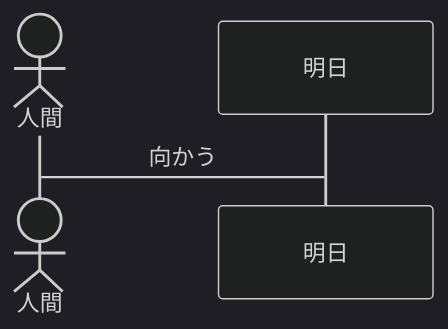
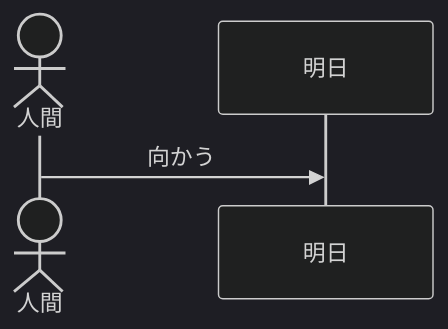
The first of 6 diagrams in SequenceDiagram.md (nekonisi/mermaid), drawn with Mermaid (dark theme) before and after one commit. The commit also changed other lines of this file, not shown here.

Commit message:
修正
向かう感じ出したかった。

````diff
--- a/SequenceDiagram.md
+++ b/SequenceDiagram.md
@@ -22,9 +22,9 @@
 ```mermaid
 sequenceDiagram　# シーケンス図ですよと宣言
     # 登場人物の宣言
     Actor human As 人間
     participant tomorrow As 明日
 
     # メッセージを書く
-    human->tomorrow:向かう
+    human->>tomorrow:向かう
 ```
````
